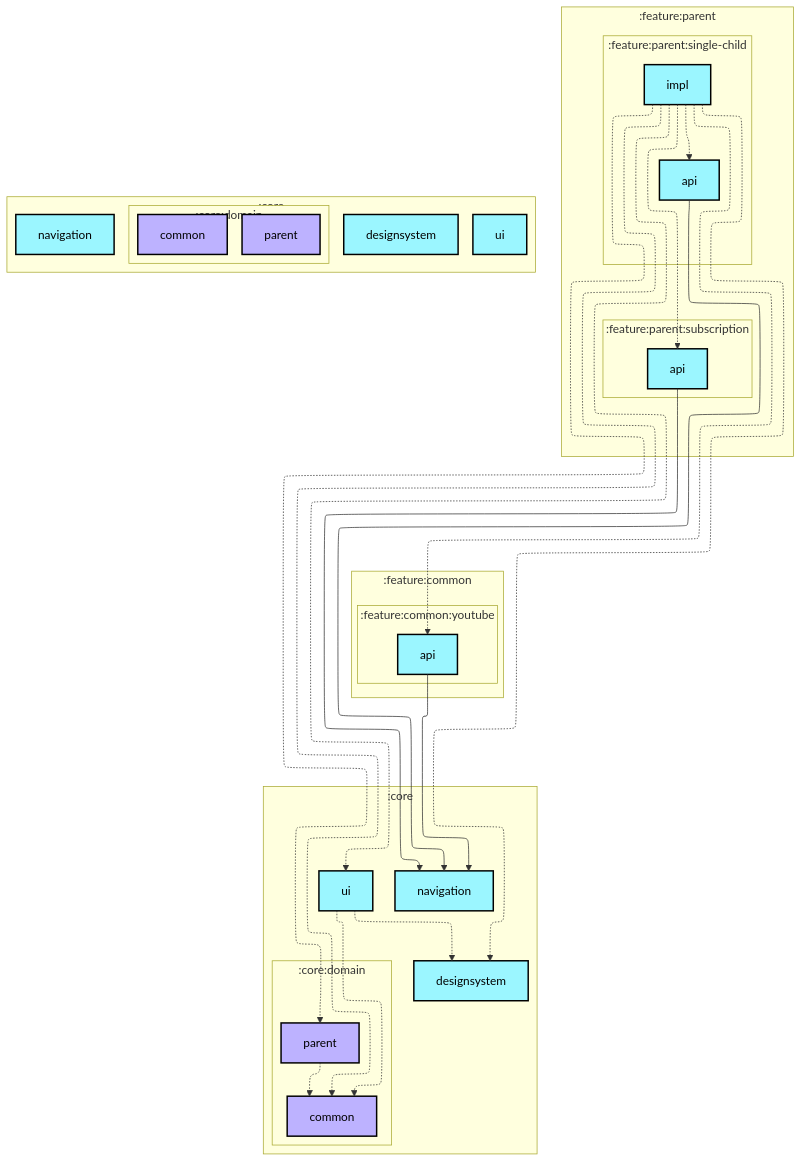
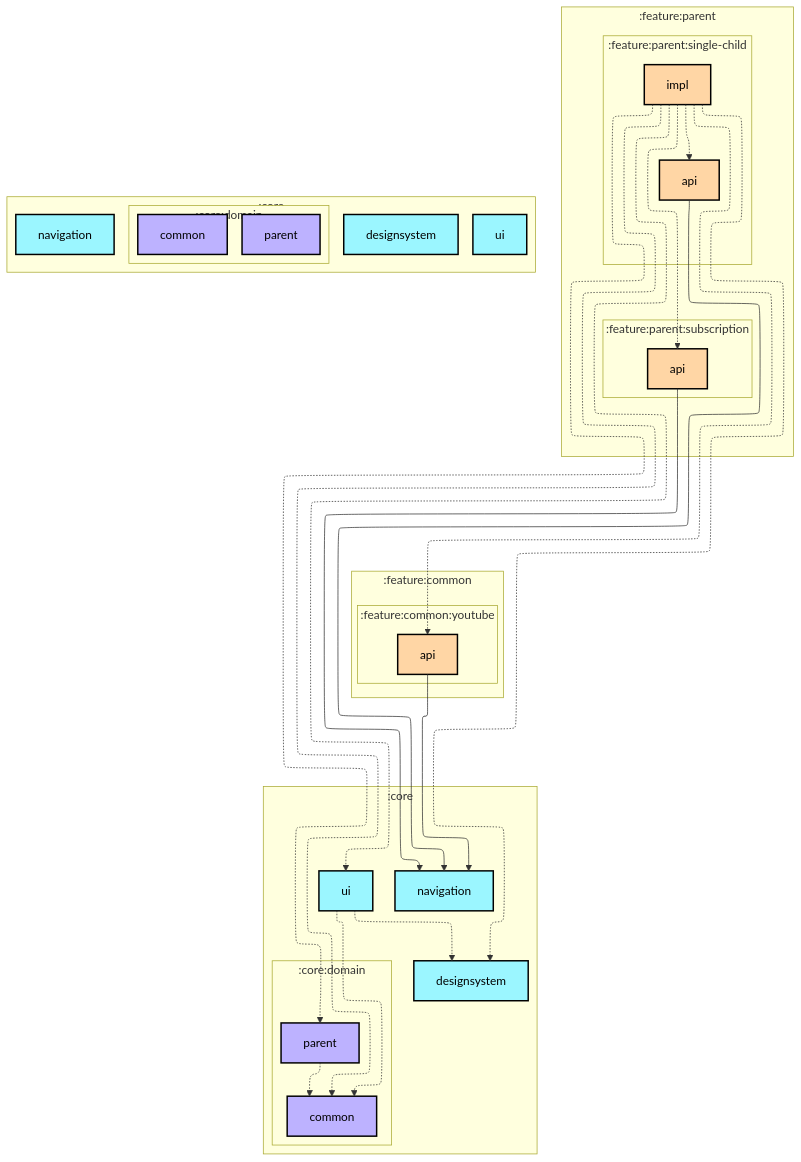
Before and after one commit to jadavchirag/jadavchirag: the first of 2 diagrams in architecture/ParentalControlApps/feature/parent/single-child/impl/README.md, drawn with Mermaid. The commit also changed 26 other files, not shown here.

Commit message:
fixed feature module colors in graphs

````diff
--- a/architecture/ParentalControlApps/feature/parent/single-child/impl/README.md
+++ b/architecture/ParentalControlApps/feature/parent/single-child/impl/README.md
@@ -6,63 +6,63 @@
 ```mermaid
 ---
 config:
   layout: elk
   elk:
     nodePlacementStrategy: SIMPLE
 ---
 graph TB
   subgraph :feature:parent
     direction TB
     subgraph :feature:parent:single-child
       direction TB
-      :feature:parent:single-child:api[api]:::android-library
-      :feature:parent:single-child:impl[impl]:::android-library
+      :feature:parent:single-child:api[api]:::android-feature
+      :feature:parent:single-child:impl[impl]:::android-feature
     end
     subgraph :feature:parent:subscription
       direction TB
-      :feature:parent:subscription:api[api]:::android-library
+      :feature:parent:subscription:api[api]:::android-feature
     end
   end
   subgraph :core
     direction TB
     :core:designsystem[designsystem]:::android-library
     :core:navigation[navigation]:::android-library
     :core:ui[ui]:::android-library
   end
   subgraph :feature:common
     direction TB
     subgraph :feature:common:youtube
       direction TB
-      :feature:common:youtube:api[api]:::android-library
+      :feature:common:youtube:api[api]:::android-feature
     end
   end
   subgraph :core
     direction TB
     subgraph :core:domain
       direction TB
       :core:domain:common[common]:::jvm-library
       :core:domain:parent[parent]:::jvm-library
     end
   end
 
   :core:domain:parent -.-> :core:domain:common
   :core:ui -.-> :core:designsystem
   :core:ui -.-> :core:domain:common
   :feature:common:youtube:api --> :core:navigation
   :feature:parent:single-child:api --> :core:navigation
   :feature:parent:single-child:impl -.-> :core:designsystem
   :feature:parent:single-child:impl -.-> :core:domain:common
   :feature:parent:single-child:impl -.-> :core:domain:parent
   :feature:parent:single-child:impl -.-> :core:ui
   :feature:parent:single-child:impl -.-> :feature:common:youtube:api
   :feature:parent:single-child:impl -.-> :feature:parent:single-child:api
   :feature:parent:single-child:impl -.-> :feature:parent:subscription:api
   :feature:parent:subscription:api --> :core:navigation
 
 classDef android-application fill:#CAFFBF,stroke:#000,stroke-width:2px,color:#000;
 classDef android-feature fill:#FFD6A5,stroke:#000,stroke-width:2px,color:#000;
 classDef android-library fill:#9BF6FF,stroke:#000,stroke-width:2px,color:#000;
 classDef android-test fill:#A0C4FF,stroke:#000,stroke-width:2px,color:#000;
 classDef jvm-library fill:#BDB2FF,stroke:#000,stroke-width:2px,color:#000;
 classDef unknown fill:#FFADAD,stroke:#000,stroke-width:2px,color:#000;
 ```
````
